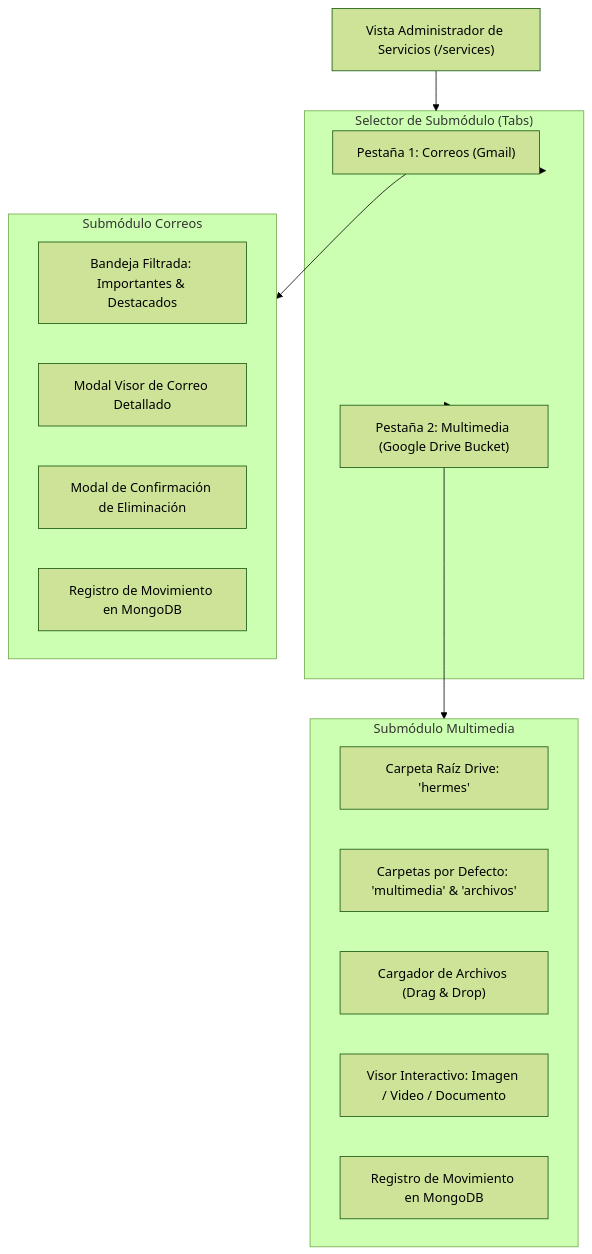
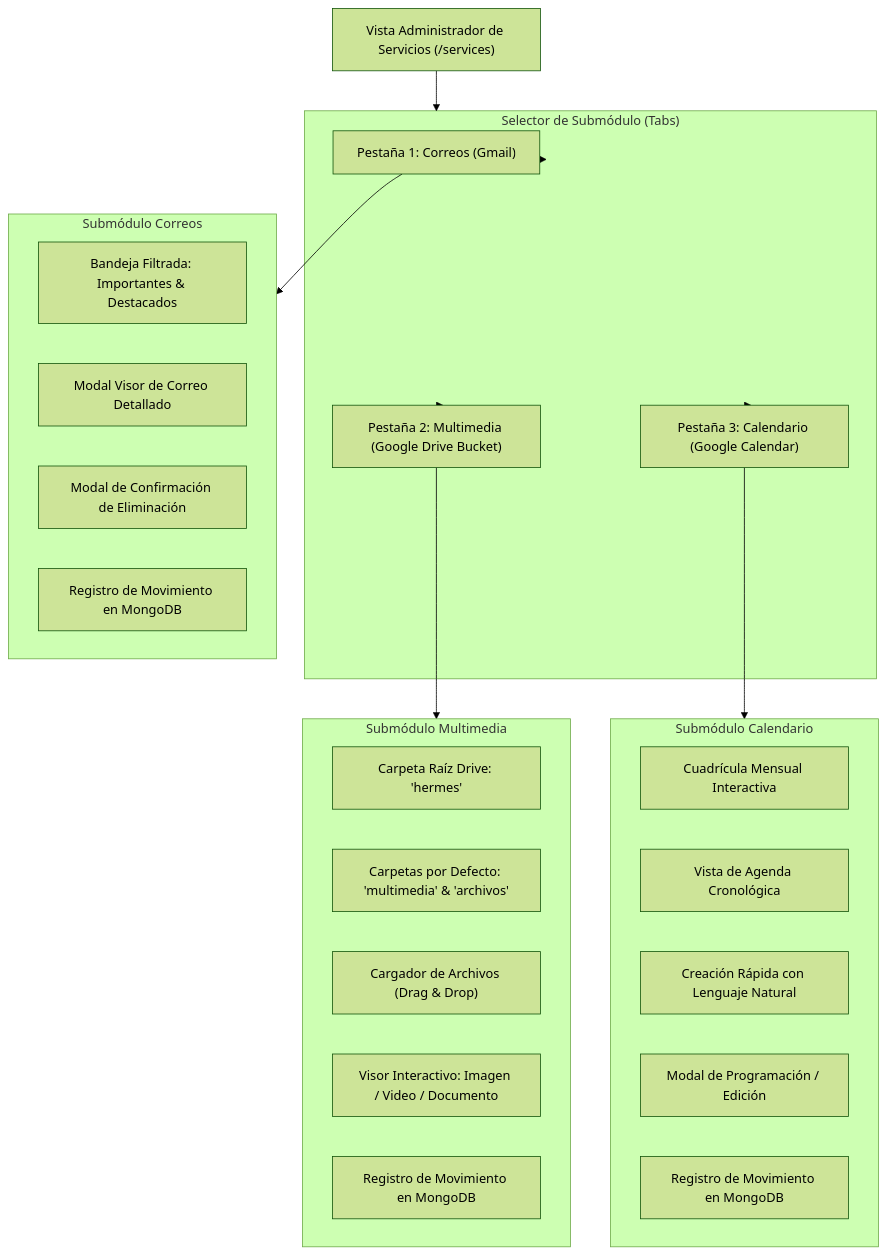
One commit to KillahBlitz/Hermes changed the diagram in hermes-spec/04_services/SPEC_SERVICES.md. Above: the diagram before and after it, drawn with Mermaid (forest theme). The commit also changed other lines of this file and 10 other files, not shown here.

Commit message:
feat: implement Google Calendar integration with CRUD operations and interactive event management components

````diff
--- a/hermes-spec/04_services/SPEC_SERVICES.md
+++ b/hermes-spec/04_services/SPEC_SERVICES.md
@@ -21,30 +22,41 @@
 ```mermaid
 graph TD
     ServicesView["Vista Administrador de Servicios (/services)"]
     
     subgraph Selector["Selector de Submódulo (Tabs)"]
         TabEmails["Pestaña 1: Correos (Gmail)"]
         TabMedia["Pestaña 2: Multimedia (Google Drive Bucket)"]
+        TabCalendar["Pestaña 3: Calendario (Google Calendar)"]
     end
 
     subgraph EmailsModule["Submódulo Correos"]
         EmailList["Bandeja Filtrada: Importantes & Destacados"]
         EmailDetail["Modal Visor de Correo Detallado"]
         EmailDelete["Modal de Confirmación de Eliminación"]
         AuditLogMail["Registro de Movimiento en MongoDB"]
     end
 
     subgraph MediaModule["Submódulo Multimedia"]
         DriveRoot["Carpeta Raíz Drive: 'hermes'"]
         DefaultFolders["Carpetas por Defecto: 'multimedia' & 'archivos'"]
         FileUpload["Cargador de Archivos (Drag & Drop)"]
         FileViewer["Visor Interactivo: Imagen / Video / Documento"]
         AuditLogMedia["Registro de Movimiento en MongoDB"]
     end
 
+    subgraph CalendarModule["Submódulo Calendario"]
+        MonthGrid["Cuadrícula Mensual Interactiva"]
+        AgendaView["Vista de Agenda Cronológica"]
+        QuickAdd["Creación Rápida con Lenguaje Natural"]
+        EventModal["Modal de Programación / Edición"]
+        AuditLogCal["Registro de Movimiento en MongoDB"]
+    end
+
     ServicesView --> Selector
     Selector --> TabEmails
     Selector --> TabMedia
+    Selector --> TabCalendar
     TabEmails --> EmailsModule
     TabMedia --> MediaModule
+    TabCalendar --> CalendarModule
 ```
````
